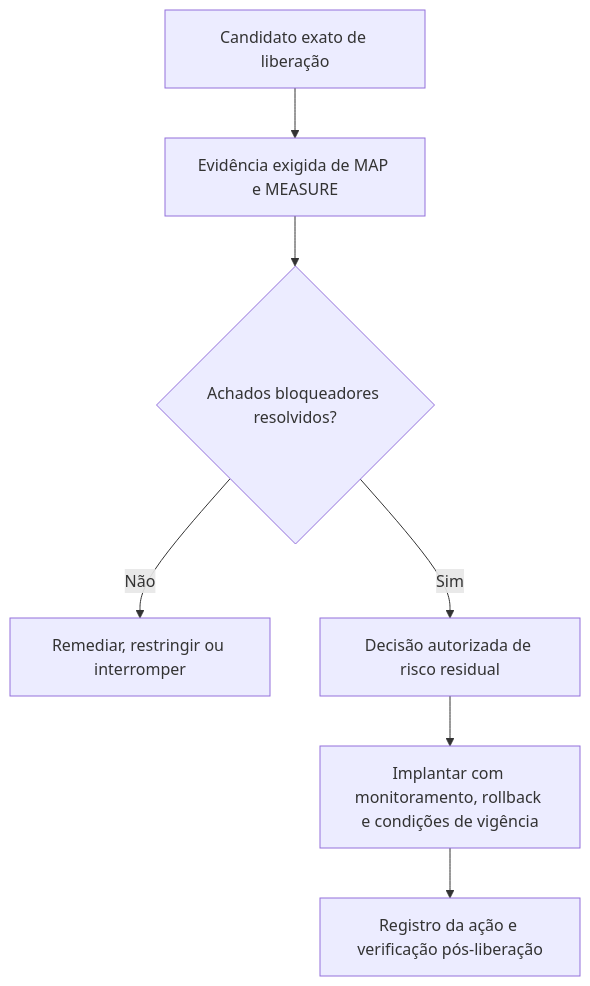
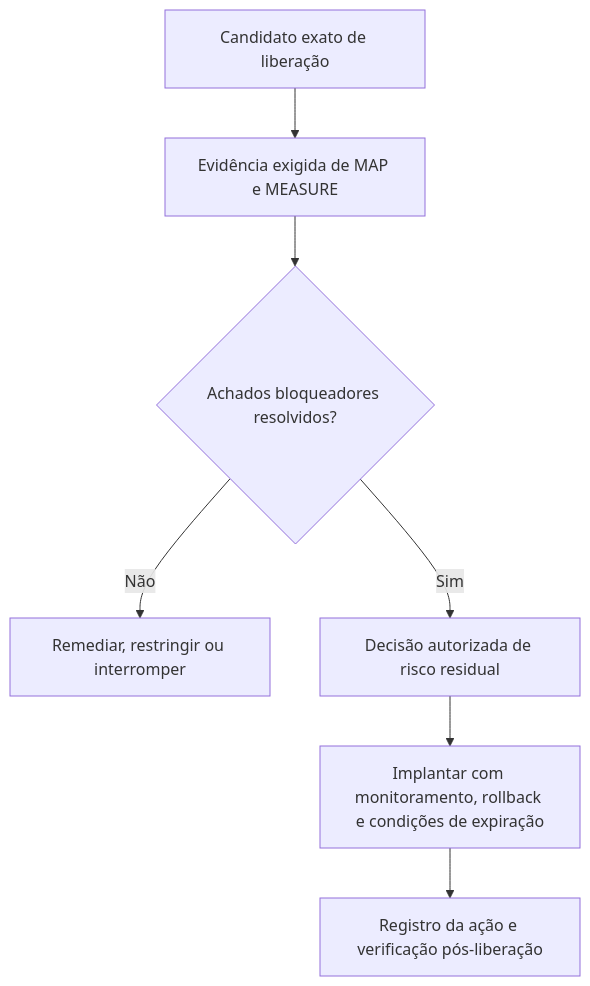
The second of 3 diagrams in 01-foundations/NIST_AI_RMF_1.0/pt-BR/source/04_MANAGE_CHAPTERS_25_32.md (Chpmunk31456/GRC-Practical-Manuals), drawn with Mermaid before and after one commit. The commit also changed other lines of this file, not shown here.

````diff
--- a/01-foundations/NIST_AI_RMF_1.0/pt-BR/source/04_MANAGE_CHAPTERS_25_32.md
+++ b/01-foundations/NIST_AI_RMF_1.0/pt-BR/source/04_MANAGE_CHAPTERS_25_32.md
@@ -60,9 +170,9 @@
 ```mermaid
 flowchart TD
     A["Candidato exato de liberação"] --> B["Evidência exigida de MAP e MEASURE"]
     B --> C{"Achados bloqueadores resolvidos?"}
     C -->|"Não"| D["Remediar, restringir ou interromper"]
     C -->|"Sim"| E["Decisão autorizada de risco residual"]
-    E --> F["Implantar com monitoramento, rollback e condições de vigência"]
+    E --> F["Implantar com monitoramento, rollback e condições de expiração"]
     F --> G["Registro da ação e verificação pós-liberação"]
 ```
````
